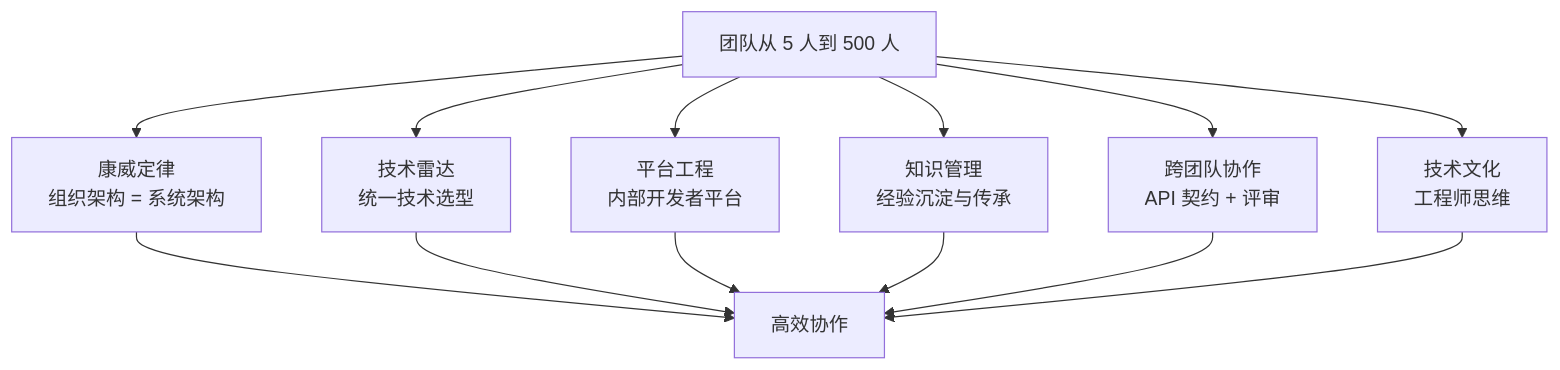
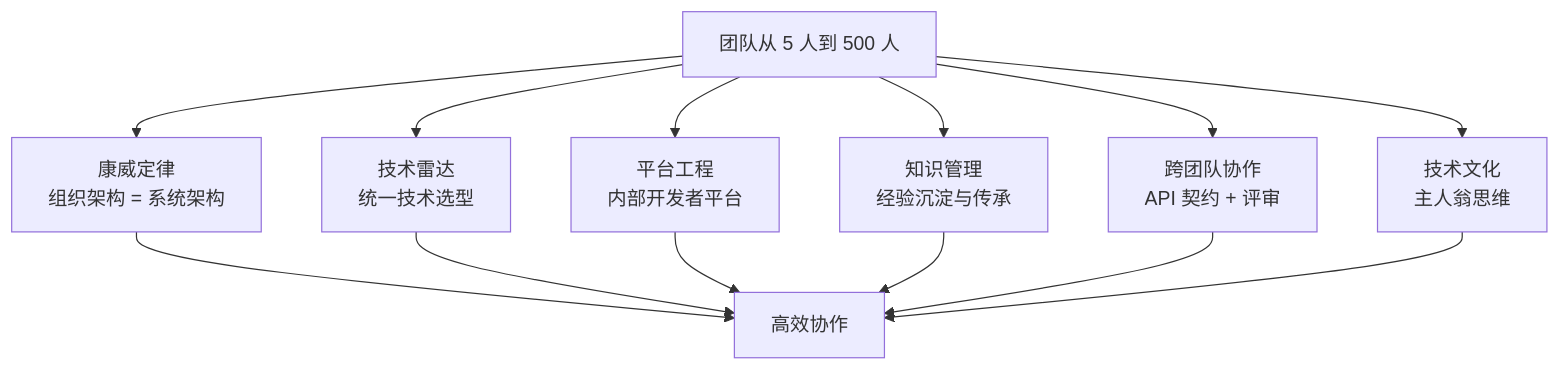
One commit to wb04307201/wb04307201 changed the diagram in note/14.story/07-from-chef-to-ceo.md. Above: the diagram before and after it, drawn with Mermaid. The commit also changed other lines of this file and 28 other files, not shown here.

````diff
--- a/note/14.story/07-from-chef-to-ceo.md
+++ b/note/14.story/07-from-chef-to-ceo.md
@@ -254,15 +262,15 @@
 ```mermaid
 graph TD
     T[团队从 5 人到 500 人] --> C1[康威定律<br/>组织架构 = 系统架构]
     T --> C2[技术雷达<br/>统一技术选型]
     T --> C3[平台工程<br/>内部开发者平台]
     T --> C4[知识管理<br/>经验沉淀与传承]
     T --> C5[跨团队协作<br/>API 契约 + 评审]
-    T --> C6[技术文化<br/>工程师思维]
+    T --> C6[技术文化<br/>主人翁思维]
     C1 --> R[高效协作]
     C2 --> R
     C3 --> R
     C4 --> R
     C5 --> R
     C6 --> R
 ```
````
